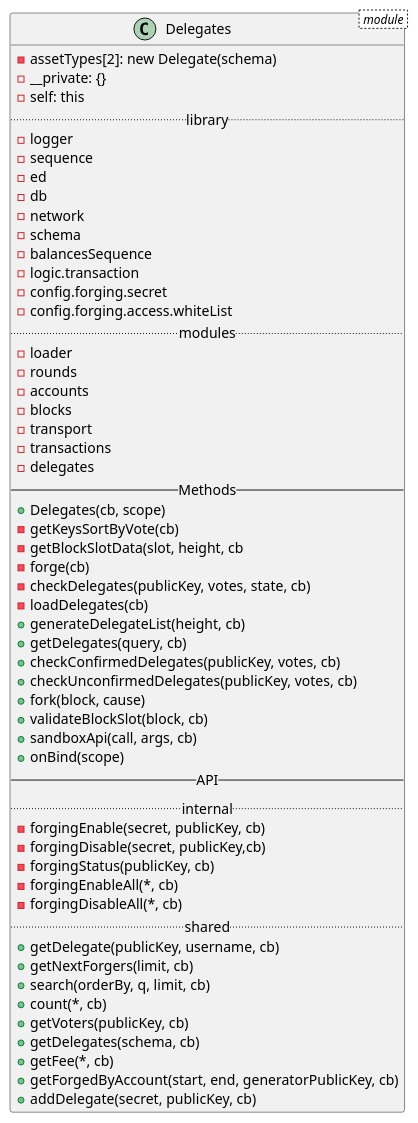
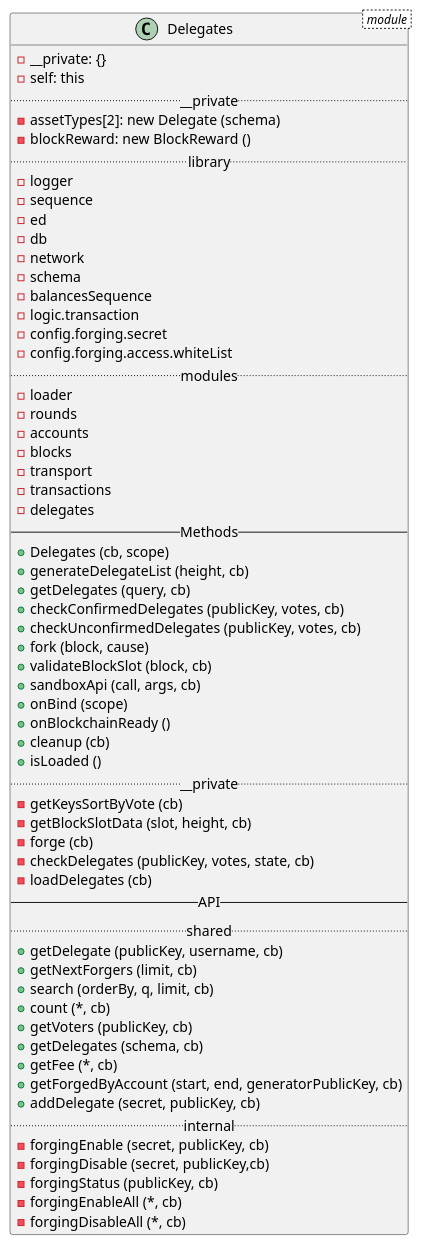
The diagram in class/classes/modules/delegates.puml (LucasIsasmendi/lisk-core-plantuml), drawn with PlantUML before and after one commit. The commit also changed 18 other files, not shown here.

```diff
--- a/class/classes/modules/delegates.puml
+++ b/class/classes/modules/delegates.puml
@@ -1,58 +1,64 @@
 @startuml
 class Delegates < module > {
-  - assetTypes[2]: new Delegate(schema)
   - __private: {}
   - self: this
+  .. __private ..
+  - assetTypes[2]: new Delegate (schema)
+  - blockReward: new BlockReward ()
   .. library..
   - logger
   - sequence
   - ed
   - db
   - network
   - schema
   - balancesSequence
   - logic.transaction
   - config.forging.secret
   - config.forging.access.whiteList
   .. modules..
   - loader
   - rounds
   - accounts
   - blocks
   - transport
   - transactions
   - delegates
   -- Methods --
-  + Delegates(cb, scope)
-  - getKeysSortByVote(cb)
-  - getBlockSlotData(slot, height, cb
-  - forge(cb)
-  - checkDelegates(publicKey, votes, state, cb)
-  - loadDelegates(cb)
-  + generateDelegateList(height, cb)
-  + getDelegates(query, cb)
-  + checkConfirmedDelegates(publicKey, votes, cb)
-  + checkUnconfirmedDelegates(publicKey, votes, cb)
-  + fork(block, cause)
-  + validateBlockSlot(block, cb)
-  + sandboxApi(call, args, cb)
-  + onBind(scope)
+  + Delegates (cb, scope)
+  + generateDelegateList (height, cb)
+  + getDelegates (query, cb)
+  + checkConfirmedDelegates (publicKey, votes, cb)
+  + checkUnconfirmedDelegates (publicKey, votes, cb)
+  + fork (block, cause)
+  + validateBlockSlot (block, cb)
+  + sandboxApi (call, args, cb)
+  + onBind (scope)
+  + onBlockchainReady ()
+  + cleanup (cb)
+  + isLoaded ()
+  .. __private ..
+  - getKeysSortByVote (cb)
+  - getBlockSlotData (slot, height, cb)
+  - forge (cb)
+  - checkDelegates (publicKey, votes, state, cb)
+  - loadDelegates (cb)
   -- API --
+  .. shared ..
+  + getDelegate (publicKey, username, cb)
+  + getNextForgers (limit, cb)
+  + search (orderBy, q, limit, cb)
+  + count (*, cb)
+  + getVoters (publicKey, cb)
+  + getDelegates (schema, cb)
+  + getFee (*, cb)
+  + getForgedByAccount (start, end, generatorPublicKey, cb)
+  + addDelegate (secret, publicKey, cb)
   .. internal ..
-  - forgingEnable(secret, publicKey, cb)
-  - forgingDisable(secret, publicKey,cb)
-  - forgingStatus(publicKey, cb)
-  - forgingEnableAll(*, cb)
-  - forgingDisableAll(*, cb)
-  .. shared ..
-  + getDelegate(publicKey, username, cb)
-  + getNextForgers(limit, cb)
-  + search(orderBy, q, limit, cb)
-  + count(*, cb)
-  + getVoters(publicKey, cb)
-  + getDelegates(schema, cb)
-  + getFee(*, cb)
-  + getForgedByAccount(start, end, generatorPublicKey, cb)
-  + addDelegate(secret, publicKey, cb)
+  - forgingEnable (secret, publicKey, cb)
+  - forgingDisable (secret, publicKey,cb)
+  - forgingStatus (publicKey, cb)
+  - forgingEnableAll (*, cb)
+  - forgingDisableAll (*, cb)
 }
 @enduml
```
